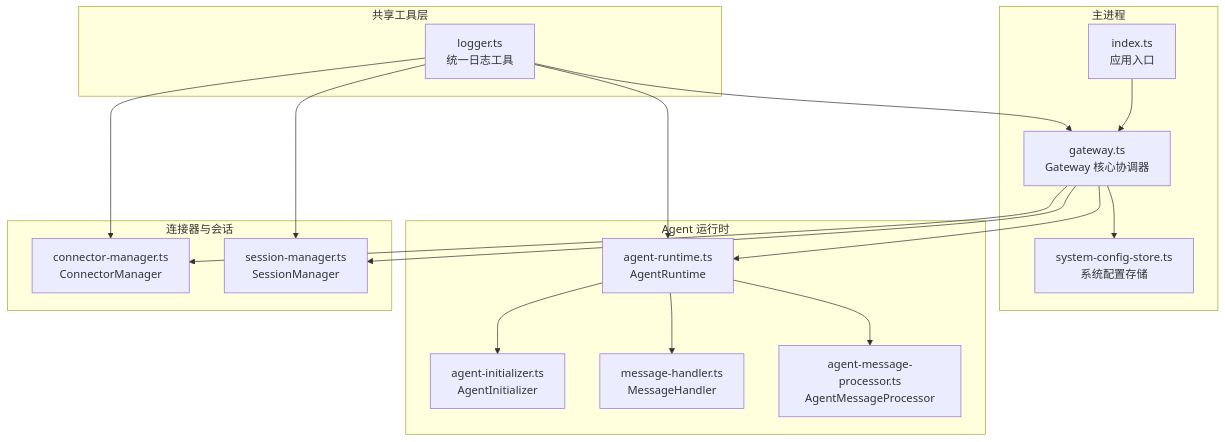
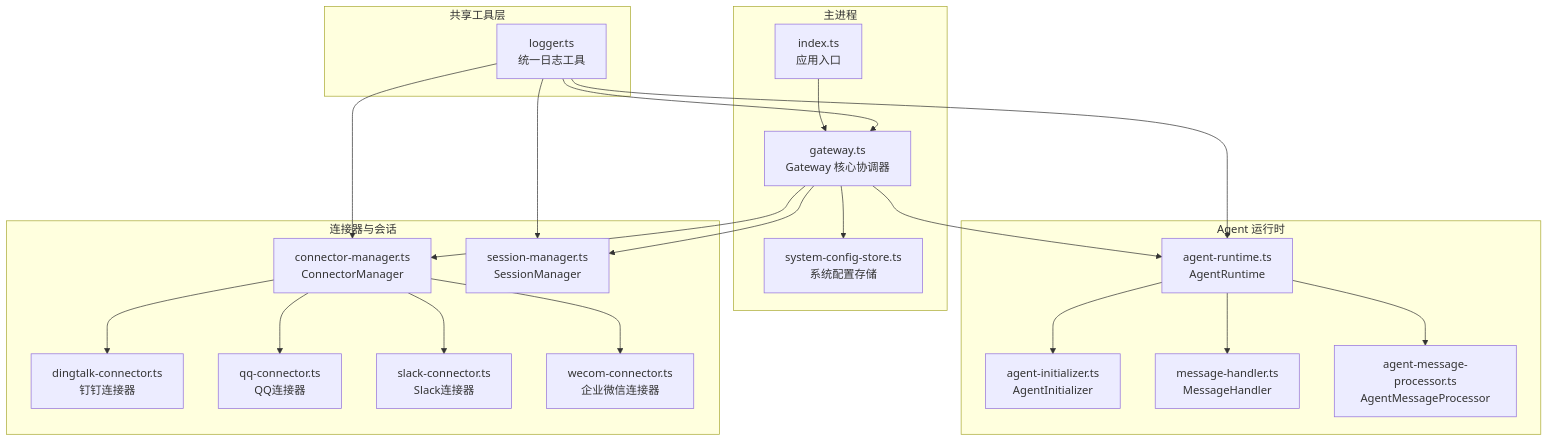
One commit to HEROhuqinchao/deepbot changed the first of 7 diagrams in .qoder/repowiki/zh/content/故障排除和调试/日志系统.md. Above: the diagram before and after it, drawn with Mermaid. The commit also changed other lines of this file and 8 other files, not shown here.

````diff
--- a/.qoder/repowiki/zh/content/故障排除和调试/日志系统.md
+++ b/.qoder/repowiki/zh/content/故障排除和调试/日志系统.md
@@ -46,33 +62,41 @@
 ```mermaid
 graph TB
 subgraph "共享工具层"
 L["logger.ts<br/>统一日志工具"]
 end
 subgraph "主进程"
 IDX["index.ts<br/>应用入口"]
 GW["gateway.ts<br/>Gateway 核心协调器"]
 SCM["system-config-store.ts<br/>系统配置存储"]
 end
 subgraph "Agent 运行时"
 AR["agent-runtime.ts<br/>AgentRuntime"]
 AIM["agent-initializer.ts<br/>AgentInitializer"]
 MH["message-handler.ts<br/>MessageHandler"]
 AMP["agent-message-processor.ts<br/>AgentMessageProcessor"]
 end
 subgraph "连接器与会话"
 CM["connector-manager.ts<br/>ConnectorManager"]
 SM["session-manager.ts<br/>SessionManager"]
+DT["dingtalk-connector.ts<br/>钉钉连接器"]
+QQ["qq-connector.ts<br/>QQ连接器"]
+SL["slack-connector.ts<br/>Slack连接器"]
+WC["wecom-connector.ts<br/>企业微信连接器"]
 end
 IDX --> GW
 GW --> AR
 AR --> AIM
 AR --> MH
 AR --> AMP
 GW --> CM
 GW --> SM
 GW --> SCM
 L --> GW
 L --> AR
 L --> CM
 L --> SM
+CM --> DT
+CM --> QQ
+CM --> SL
+CM --> WC
 ```
````
